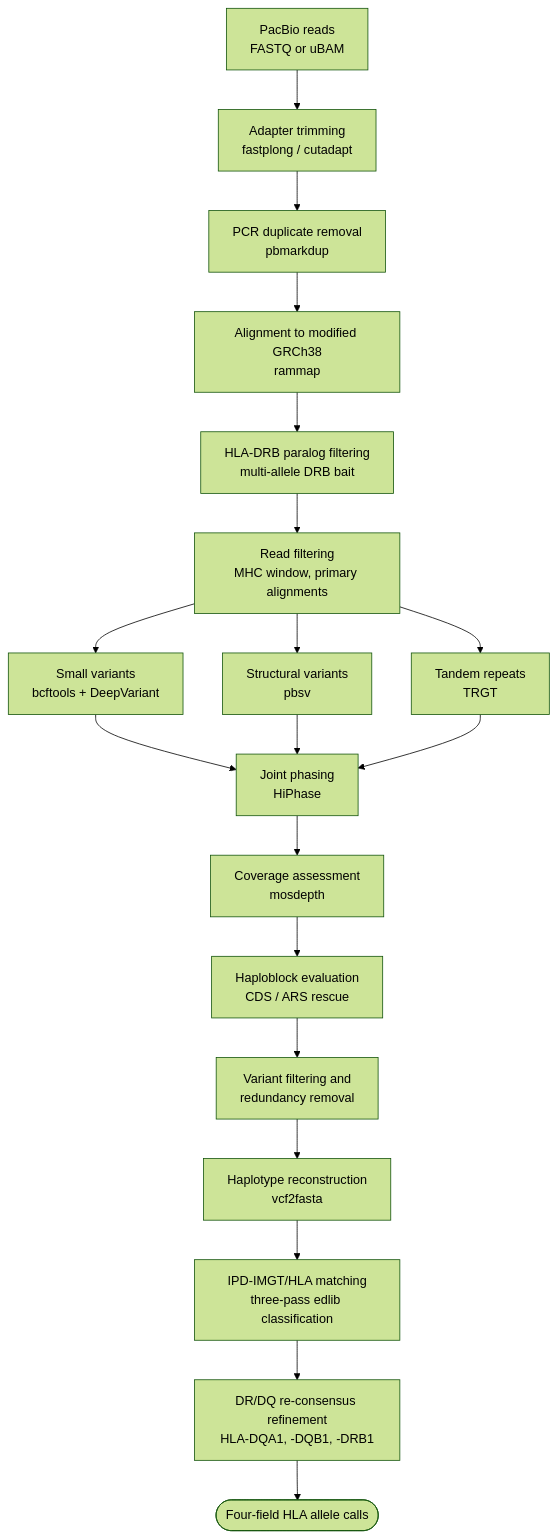
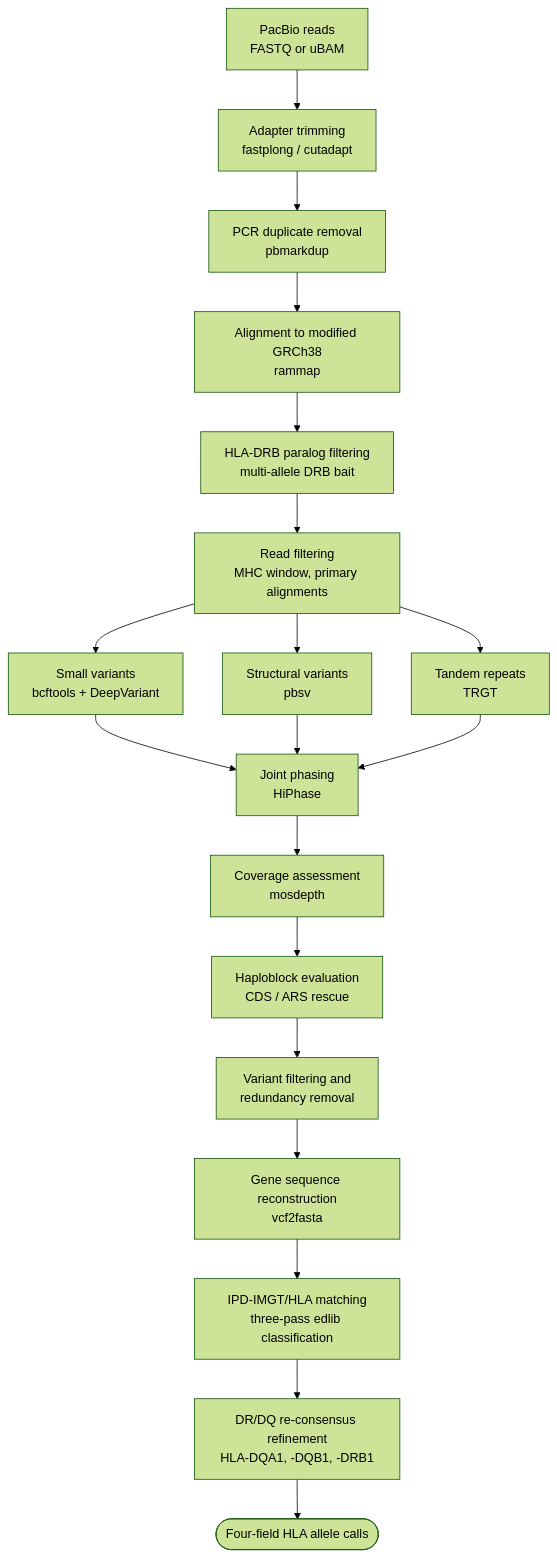
The diagram in README.md (matthewglasenapp/hla_resolve), drawn with Mermaid (forest theme) before and after one commit. The commit also changed other lines of this file and 2 other files, not shown here.

````diff
--- a/README.md
+++ b/README.md
@@ -278,21 +278,21 @@
 ```mermaid
 flowchart TD
   A[PacBio reads<br/>FASTQ or uBAM] --> B[Adapter trimming<br/>fastplong / cutadapt]
   B --> C[PCR duplicate removal<br/>pbmarkdup]
   C --> D[Alignment to modified GRCh38<br/>rammap]
   D --> E[HLA-DRB paralog filtering<br/>multi-allele DRB bait]
   E --> F[Read filtering<br/>MHC window, primary alignments]
   F --> G[Small variants<br/>bcftools + DeepVariant]
   F --> H[Structural variants<br/>pbsv]
   F --> I[Tandem repeats<br/>TRGT]
   G --> J[Joint phasing<br/>HiPhase]
   H --> J
   I --> J
   J --> K[Coverage assessment<br/>mosdepth]
   K --> L[Haploblock evaluation<br/>CDS / ARS rescue]
   L --> M[Variant filtering and<br/>redundancy removal]
-  M --> N[Haplotype reconstruction<br/>vcf2fasta]
+  M --> N[Gene sequence reconstruction<br/>vcf2fasta]
   N --> O[IPD-IMGT/HLA matching<br/>three-pass edlib classification]
   O --> P[DR/DQ re-consensus refinement<br/>HLA-DQA1, -DQB1, -DRB1]
   P --> Q([Four-field HLA allele calls])
 ```
````
